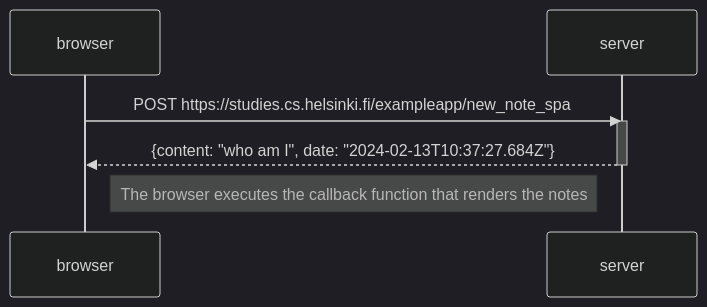
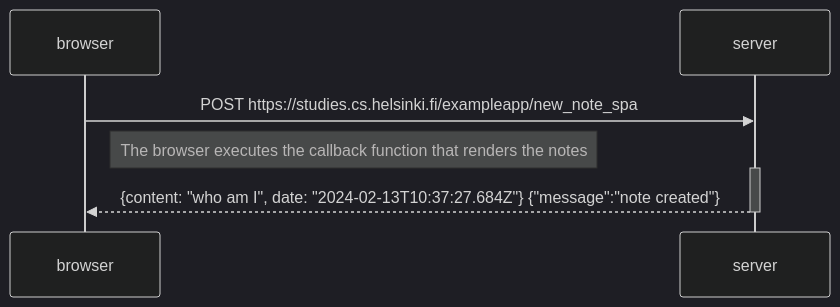
Before and after one commit to OoopZ23/fullstackopen: the diagram in part0/exercise06.md, drawn with Mermaid (dark theme).

````diff
--- a/part0/exercise06.md
+++ b/part0/exercise06.md
@@ -1,12 +1,11 @@
 ```mermaid
 sequenceDiagram
     participant browser
     participant server
 
     browser->>server: POST https://studies.cs.helsinki.fi/exampleapp/new_note_spa
+Note right of browser: The browser executes the callback function that renders the notes
     activate server
-    server-->>browser: {content: "who am I", date: "2024-02-13T10:37:27.684Z"}
+    server-->>browser: {content: "who am I", date: "2024-02-13T10:37:27.684Z"} {"message":"note created"}
     deactivate server
-
-    Note right of browser: The browser executes the callback function that renders the notes
 ```
````
